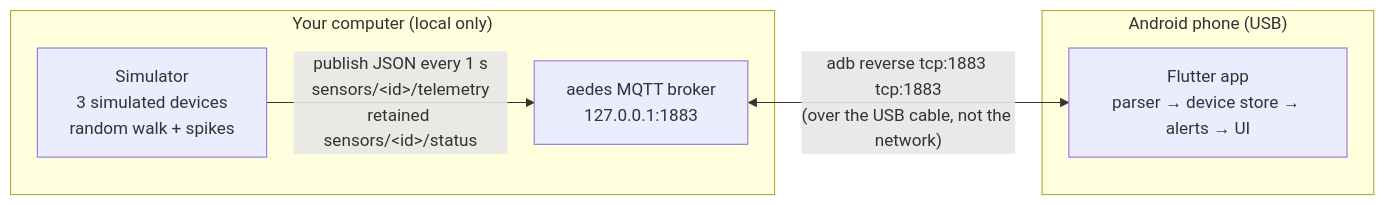
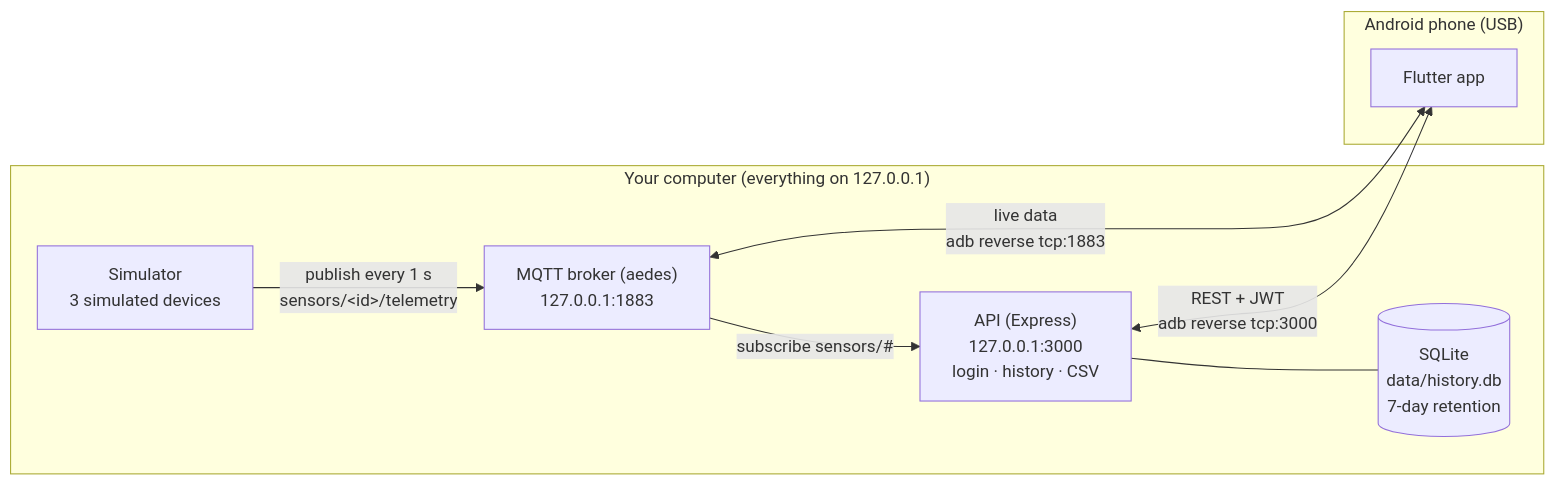
The diagram in README.md (AhmedAlaaEl-Din/sensor_dashboard), drawn with Mermaid before and after one commit. The commit also changed other lines of this file and 3 other files, not shown here.

````diff
--- a/README.md
+++ b/README.md
@@ -45,12 +57,17 @@
 ```mermaid
 flowchart LR
-    subgraph PC["Your computer (local only)"]
-        SIM["Simulator<br/>3 simulated devices<br/>random walk + spikes"]
-        BRK["aedes MQTT broker<br/>127.0.0.1:1883"]
-        SIM -- "publish JSON every 1 s<br/>sensors/&lt;id&gt;/telemetry<br/>retained sensors/&lt;id&gt;/status" --> BRK
+    subgraph PC["Your computer (everything on 127.0.0.1)"]
+        SIM["Simulator<br/>3 simulated devices"]
+        BRK["MQTT broker (aedes)<br/>127.0.0.1:1883"]
+        API["API (Express)<br/>127.0.0.1:3000<br/>login · history · CSV"]
+        DB[("SQLite<br/>data/history.db<br/>7-day retention")]
+        SIM -- "publish every 1 s<br/>sensors/&lt;id&gt;/telemetry" --> BRK
+        BRK -- "subscribe sensors/#" --> API
+        API --- DB
     end
     subgraph PHONE["Android phone (USB)"]
-        APP["Flutter app<br/>parser → device store → alerts → UI"]
+        APP["Flutter app"]
     end
-    BRK <-- "adb reverse tcp:1883 tcp:1883<br/>(over the USB cable, not the network)" --> APP
+    BRK <-- "live data<br/>adb reverse tcp:1883" --> APP
+    API <-- "REST + JWT<br/>adb reverse tcp:3000" --> APP
 ```
````
